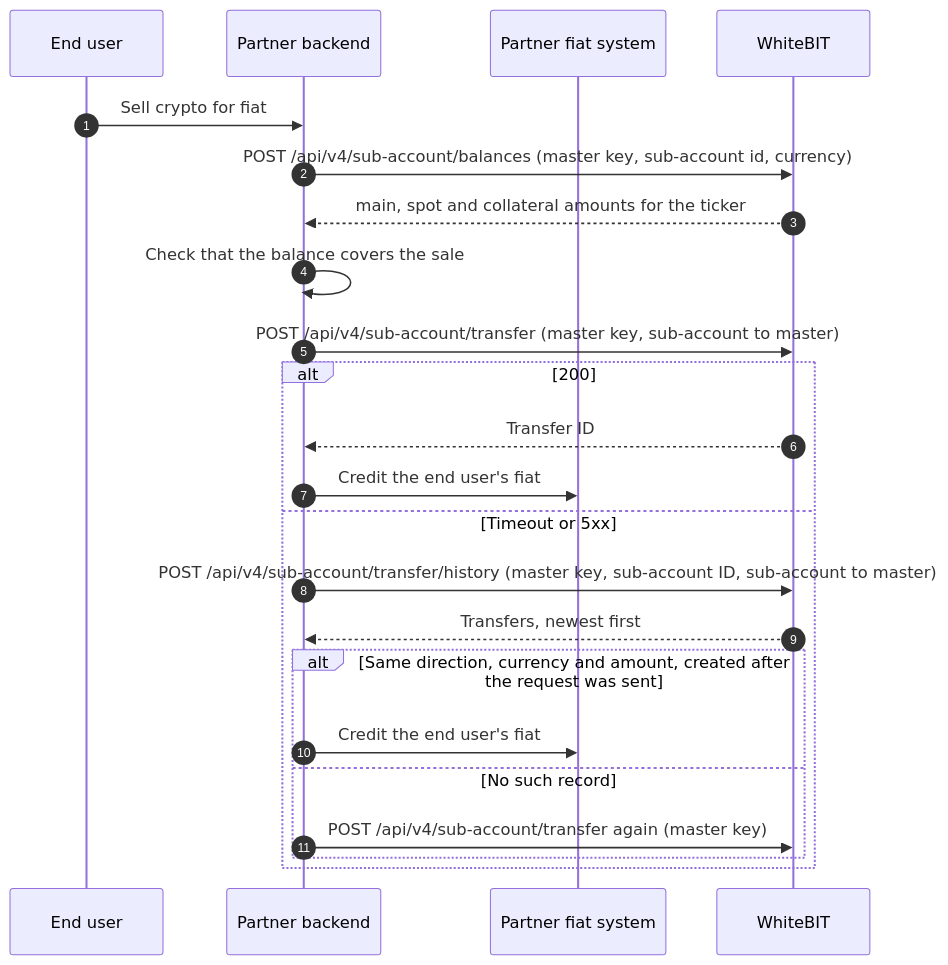
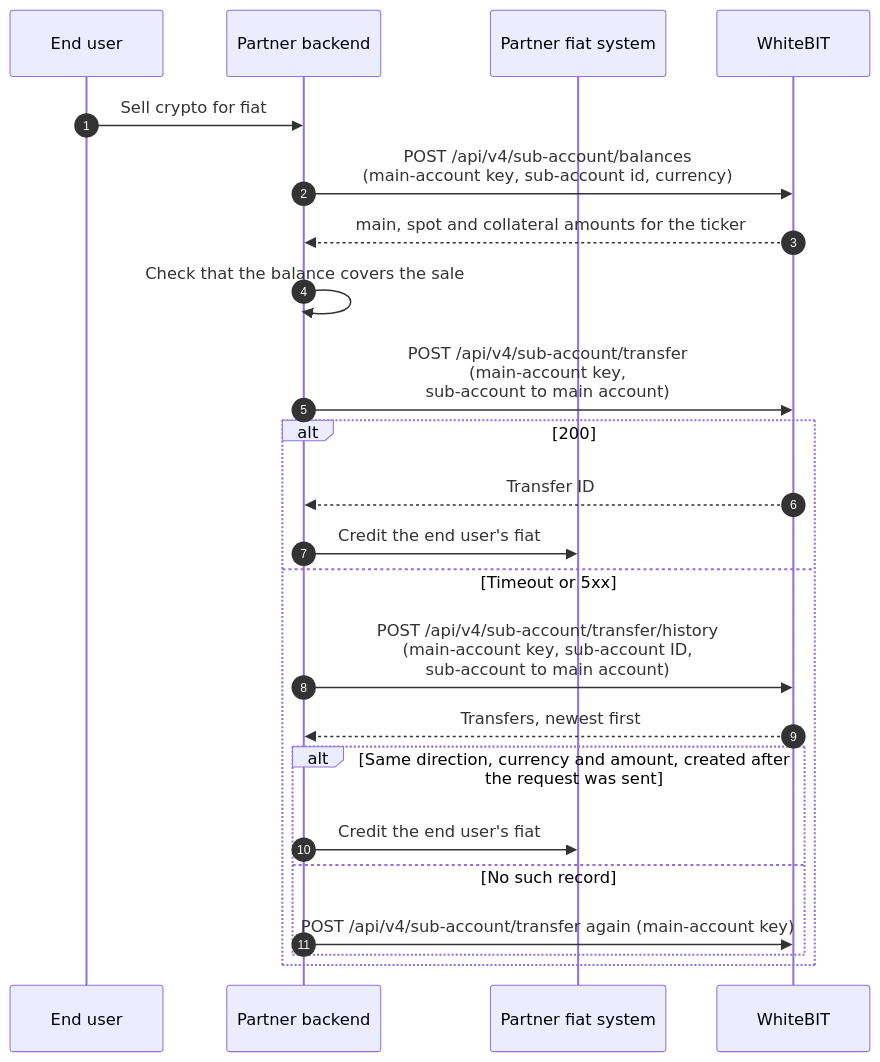
Before and after one commit to whitebit-exchange/docs: the fourth of 6 diagrams in guides/waas-integration.mdx, drawn with Mermaid. The commit also changed other lines of this file and 24 other files, not shown here.

Commit message:
docs(guide): rename master account to main account across the portal

````diff
--- a/guides/waas-integration.mdx
+++ b/guides/waas-integration.mdx
@@ -191,26 +191,26 @@
 ```mermaid
 sequenceDiagram
     autonumber
     participant U as End user
     participant P as Partner backend
     participant F as Partner fiat system
     participant W as WhiteBIT
 
     U->>P: Sell crypto for fiat
-    P->>W: POST /api/v4/sub-account/balances (master key, sub-account id, currency)
+    P->>W: POST /api/v4/sub-account/balances<br/>(main-account key, sub-account id, currency)
     W-->>P: main, spot and collateral amounts for the ticker
     P->>P: Check that the balance covers the sale
-    P->>W: POST /api/v4/sub-account/transfer (master key, sub-account to master)
+    P->>W: POST /api/v4/sub-account/transfer<br/>(main-account key,<br/>sub-account to main account)
     alt 200
         W-->>P: Transfer ID
         P->>F: Credit the end user's fiat
     else Timeout or 5xx
-        P->>W: POST /api/v4/sub-account/transfer/history (master key, sub-account ID, sub-account to master)
+        P->>W: POST /api/v4/sub-account/transfer/history<br/>(main-account key, sub-account ID,<br/>sub-account to main account)
         W-->>P: Transfers, newest first
         alt Same direction, currency and amount, created after the request was sent
             P->>F: Credit the end user's fiat
         else No such record
-            P->>W: POST /api/v4/sub-account/transfer again (master key)
+            P->>W: POST /api/v4/sub-account/transfer again (main-account key)
         end
     end
 ```
````
